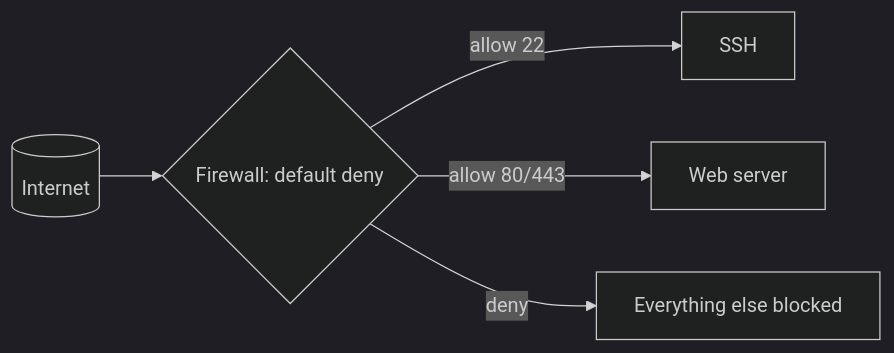
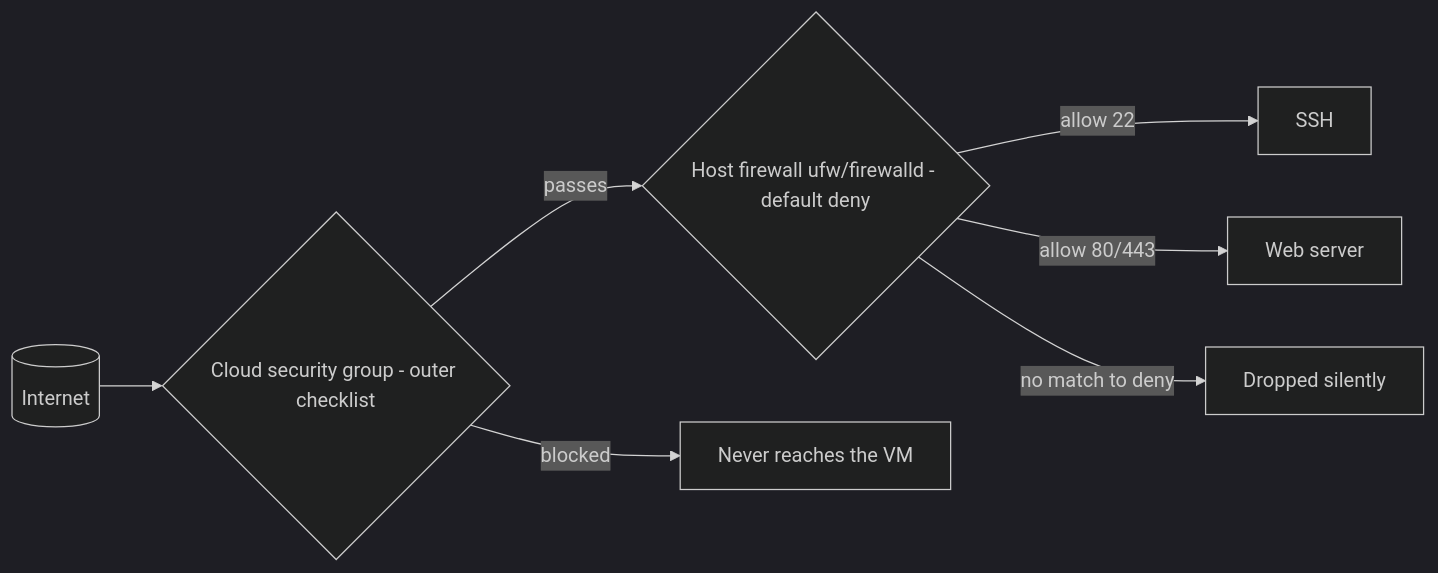
Before and after one commit to cloud-prakhar/learning-linux: the diagram in 12-linux-security-basics/firewall-basics-ufw-firewalld.md, drawn with Mermaid (dark theme). The commit also changed other lines of this file and 69 other files, not shown here.

````diff
--- a/12-linux-security-basics/firewall-basics-ufw-firewalld.md
+++ b/12-linux-security-basics/firewall-basics-ufw-firewalld.md
@@ -28,7 +37,9 @@
 ```mermaid
 flowchart LR
-    Net[(Internet)] --> FW{Firewall: default deny}
+    Net[(Internet)] --> SG{Cloud security group - outer checklist}
+    SG -->|passes| FW{Host firewall ufw/firewalld - default deny}
     FW -->|allow 22| SSH[SSH]
     FW -->|allow 80/443| Web[Web server]
-    FW -->|deny| Other[Everything else blocked]
+    FW -->|no match to deny| Drop[Dropped silently]
+    SG -->|blocked| Drop2[Never reaches the VM]
 ```
````
